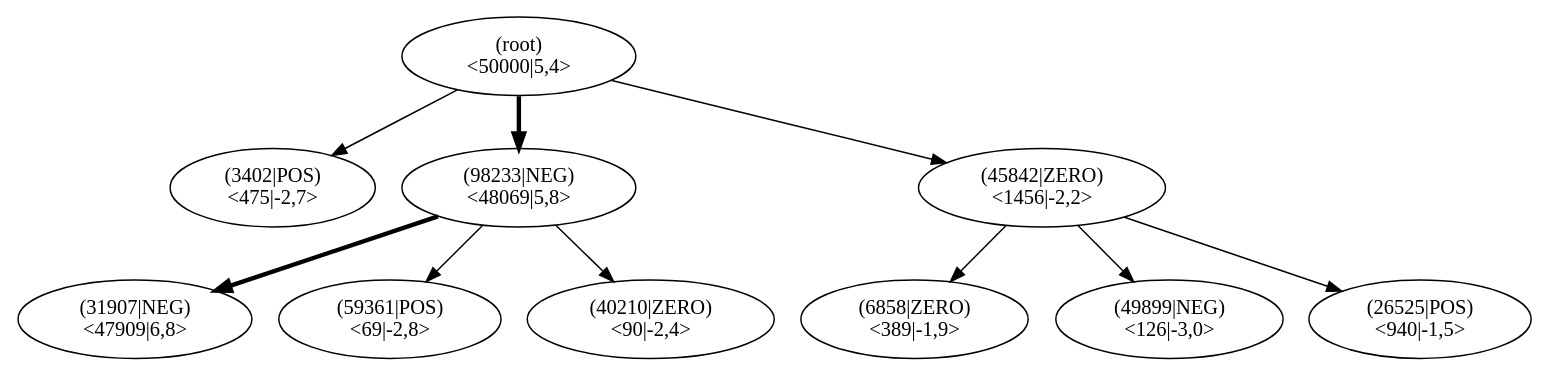
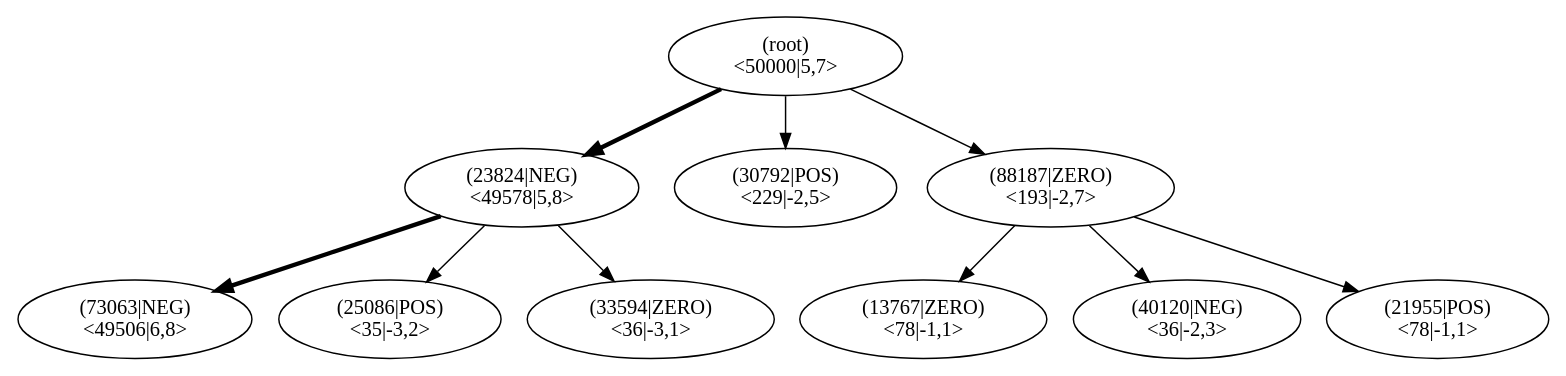
One commit to JonasHellgren/relexp-java changed the diagram in pictures/ch13/lane_runner_mcts.dot. Above: the diagram before and after it, drawn with Graphviz. The commit also changed 8 other files, not shown here.

```diff
--- a/pictures/ch13/lane_runner_mcts.dot
+++ b/pictures/ch13/lane_runner_mcts.dot
@@ -1,32 +1,32 @@
 digraph MCTS {
 node [shape=ellipse];
 Nroot [label="(root)
-<50000|5,4>"];
-Nroot -> N3402[penwidth=1];
-N3402 [label="(3402|POS)
-<475|-2,7>"];
-Nroot -> N98233[penwidth=3];
-N98233 [label="(98233|NEG)
-<48069|5,8>"];
-N98233 -> N31907[penwidth=3];
-N31907 [label="(31907|NEG)
-<47909|6,8>"];
-N98233 -> N59361[penwidth=1];
-N59361 [label="(59361|POS)
-<69|-2,8>"];
-N98233 -> N40210[penwidth=1];
-N40210 [label="(40210|ZERO)
-<90|-2,4>"];
-Nroot -> N45842[penwidth=1];
-N45842 [label="(45842|ZERO)
-<1456|-2,2>"];
-N45842 -> N6858[penwidth=1];
-N6858 [label="(6858|ZERO)
-<389|-1,9>"];
-N45842 -> N49899[penwidth=1];
-N49899 [label="(49899|NEG)
-<126|-3,0>"];
-N45842 -> N26525[penwidth=1];
-N26525 [label="(26525|POS)
-<940|-1,5>"];
+<50000|5,7>"];
+Nroot -> N23824[penwidth=3];
+N23824 [label="(23824|NEG)
+<49578|5,8>"];
+N23824 -> N73063[penwidth=3];
+N73063 [label="(73063|NEG)
+<49506|6,8>"];
+N23824 -> N25086[penwidth=1];
+N25086 [label="(25086|POS)
+<35|-3,2>"];
+N23824 -> N33594[penwidth=1];
+N33594 [label="(33594|ZERO)
+<36|-3,1>"];
+Nroot -> N30792[penwidth=1];
+N30792 [label="(30792|POS)
+<229|-2,5>"];
+Nroot -> N88187[penwidth=1];
+N88187 [label="(88187|ZERO)
+<193|-2,7>"];
+N88187 -> N13767[penwidth=1];
+N13767 [label="(13767|ZERO)
+<78|-1,1>"];
+N88187 -> N40120[penwidth=1];
+N40120 [label="(40120|NEG)
+<36|-2,3>"];
+N88187 -> N21955[penwidth=1];
+N21955 [label="(21955|POS)
+<78|-1,1>"];
 }
```
